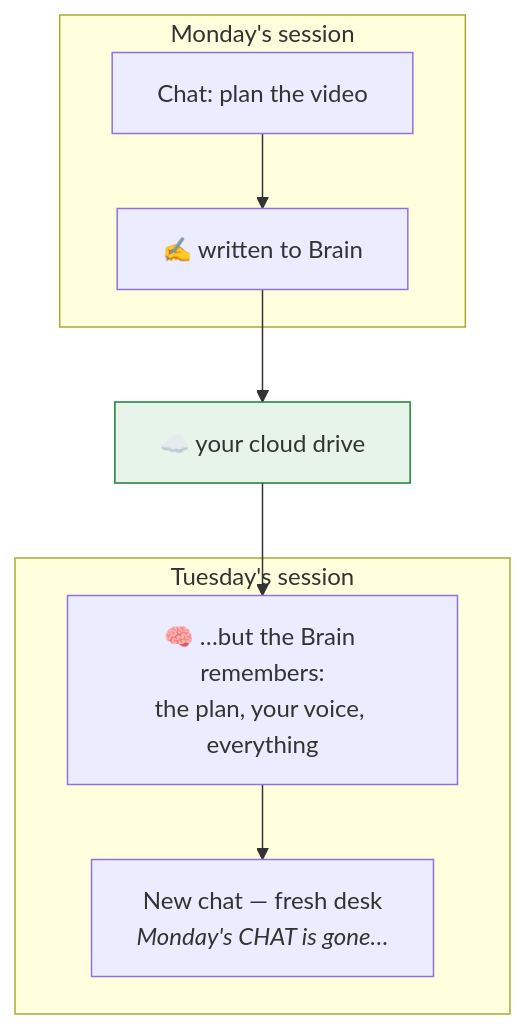
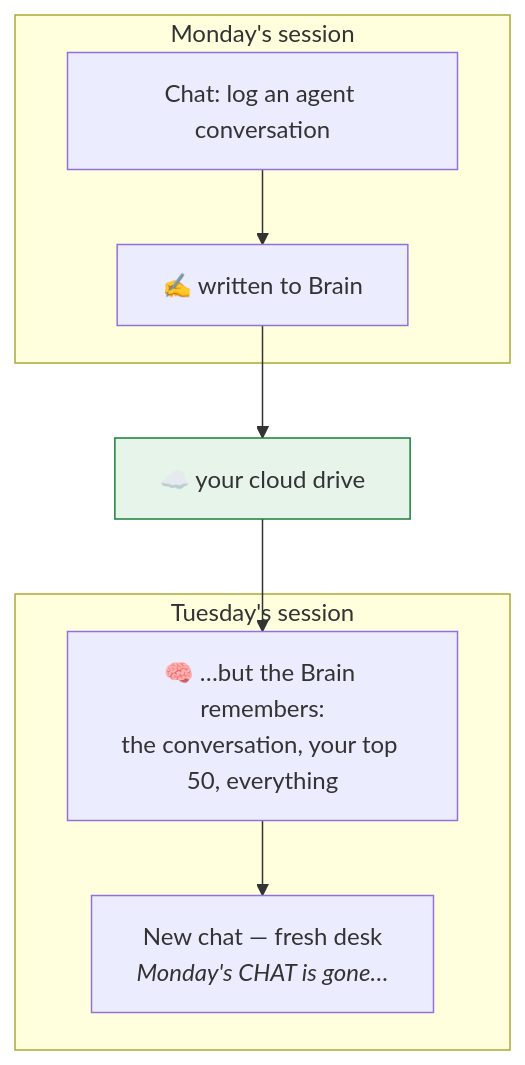
Before and after one commit to teamsherrard/claude-agent-attraction-os: the fourth of 6 diagrams in plugins/maa-claude-support/shared/visual-aids.md, drawn with Mermaid. The commit also changed other lines of this file and 188 other files, not shown here.

````diff
--- a/plugins/maa-claude-support/shared/visual-aids.md
+++ b/plugins/maa-claude-support/shared/visual-aids.md
@@ -60,13 +60,13 @@
 ```mermaid
 flowchart TB
     subgraph MON["Monday's session"]
-        C1["Chat: plan the video"] --> W1["✍️ written to Brain"]
+        C1["Chat: log an agent conversation"] --> W1["✍️ written to Brain"]
     end
     subgraph TUE["Tuesday's session"]
         C2["New chat — fresh desk<br/><i>Monday's CHAT is gone…</i>"]
-        B2["🧠 …but the Brain remembers:<br/>the plan, your voice, everything"]
+        B2["🧠 …but the Brain remembers:<br/>the conversation, your top 50, everything"]
         B2 --> C2
     end
     W1 --> CLOUD["☁️ your cloud drive"] --> B2
     style CLOUD fill:#e6f4ea,stroke:#1a7f37
 ```
````
